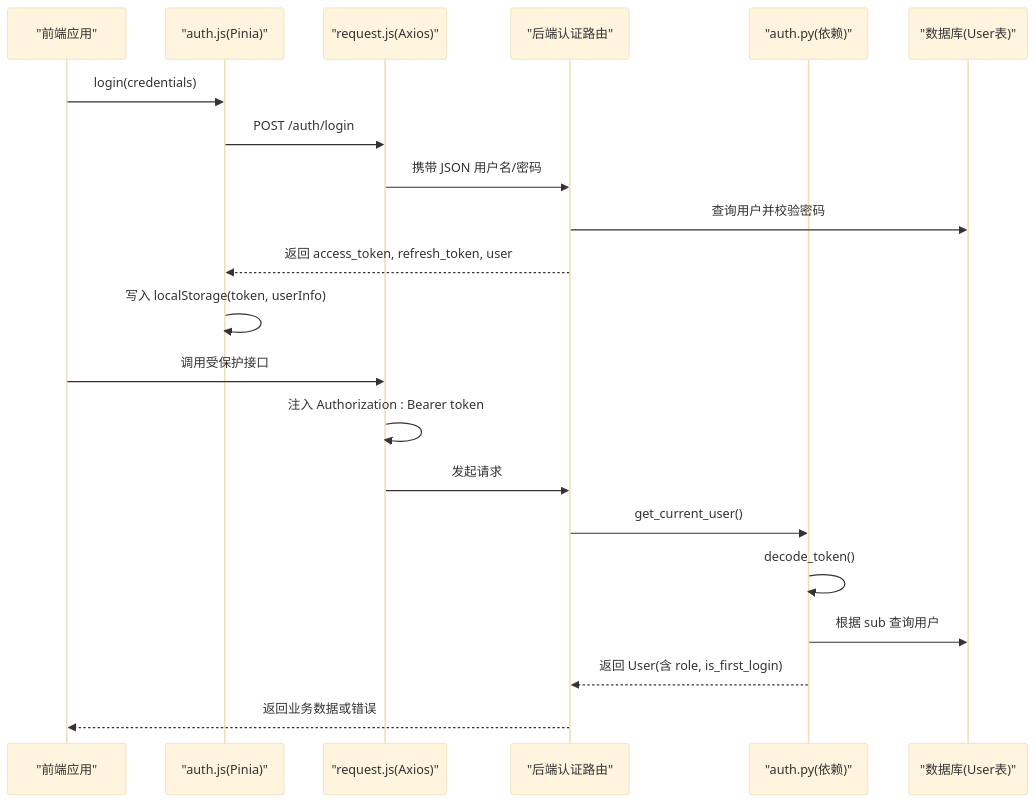
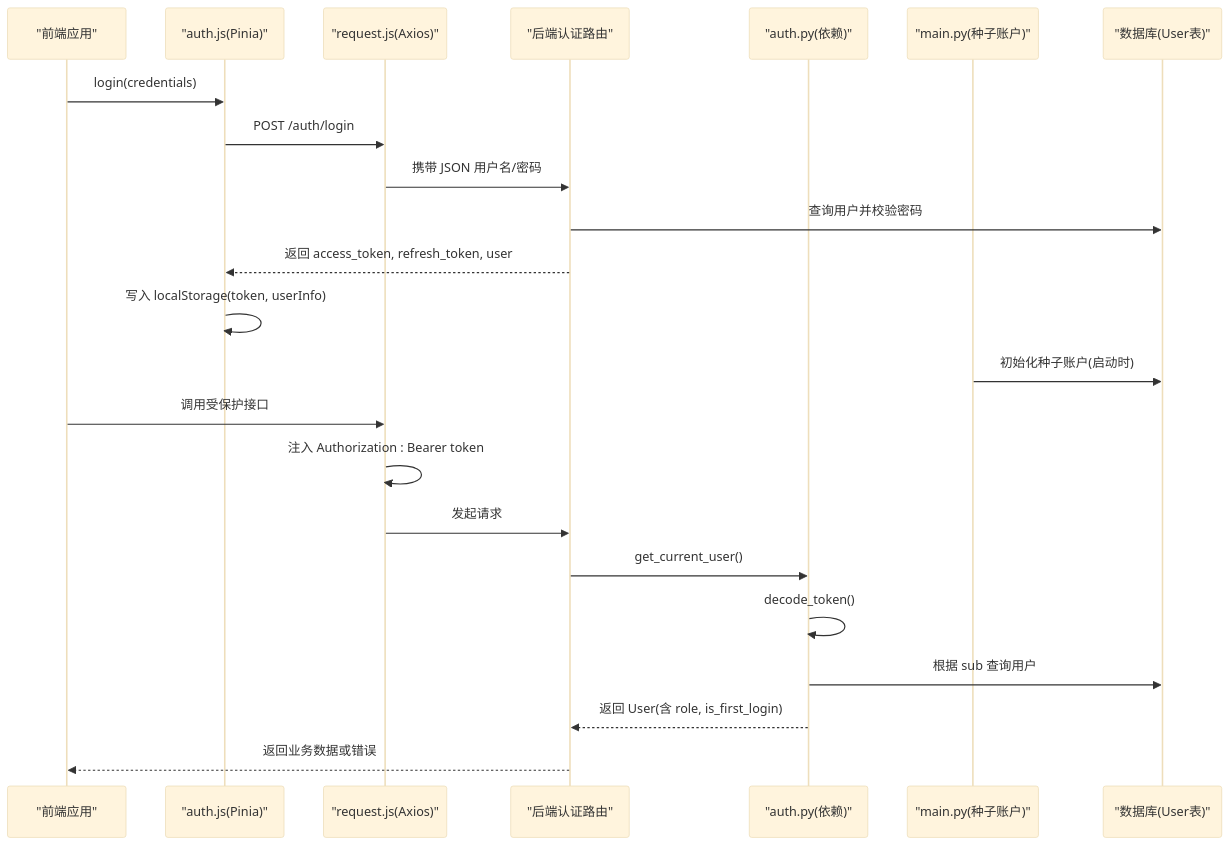
Before and after one commit to xgd561/performance_evaluation_system: the second of 10 diagrams in .qoder/repowiki/zh/content/认证与授权/认证与授权.md, drawn with Mermaid (base theme). The commit also changed other lines of this file and 56 other files, not shown here.

````diff
--- a/.qoder/repowiki/zh/content/认证与授权/认证与授权.md
+++ b/.qoder/repowiki/zh/content/认证与授权/认证与授权.md
@@ -104,23 +119,25 @@
 ```mermaid
 sequenceDiagram
 participant FE as "前端应用"
 participant Store as "auth.js(Pinia)"
 participant Axios as "request.js(Axios)"
 participant API as "后端认证路由"
 participant Auth as "auth.py(依赖)"
+participant Main as "main.py(种子账户)"
 participant DB as "数据库(User表)"
 FE->>Store : login(credentials)
 Store->>Axios : POST /auth/login
 Axios->>API : 携带 JSON 用户名/密码
 API->>DB : 查询用户并校验密码
 API-->>Store : 返回 access_token, refresh_token, user
 Store->>Store : 写入 localStorage(token, userInfo)
+Main->>DB : 初始化种子账户(启动时)
 FE->>Axios : 调用受保护接口
 Axios->>Axios : 注入 Authorization : Bearer token
 Axios->>API : 发起请求
 API->>Auth : get_current_user()
 Auth->>Auth : decode_token()
 Auth->>DB : 根据 sub 查询用户
 Auth-->>API : 返回 User(含 role, is_first_login)
 API-->>FE : 返回业务数据或错误
 ```
````
